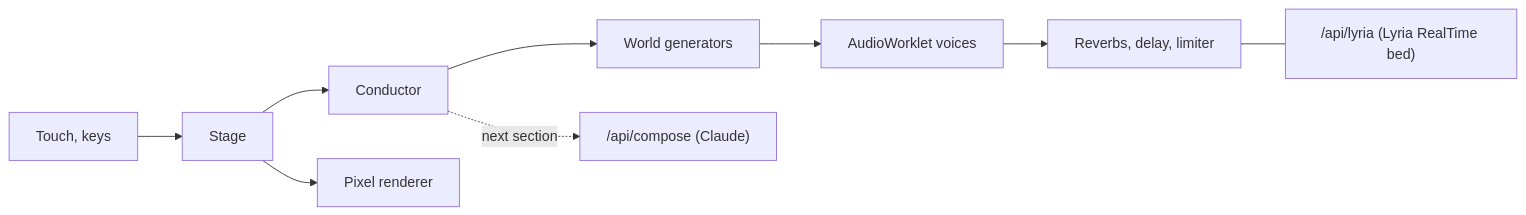
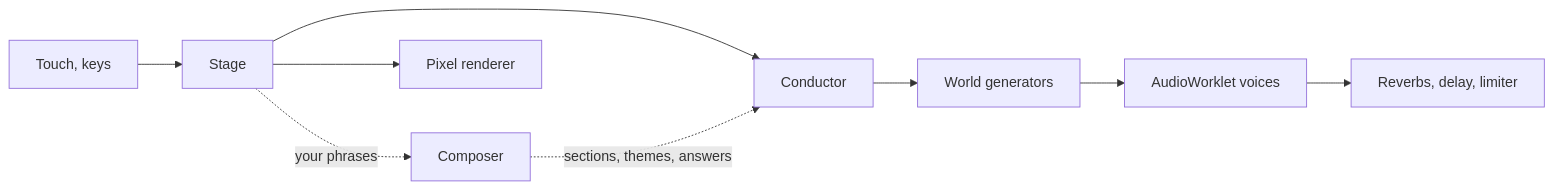
The diagram in README.md (barmoshe/biome-synth), drawn with Mermaid before and after one commit. The commit also changed other lines of this file and 18 other files, not shown here.

First line of the commit message:
feat(music): an on-device composer replaces the Claude conductor and the Lyria bed

````diff
--- a/README.md
+++ b/README.md
@@ -78,11 +78,11 @@
 ```mermaid
 flowchart LR
   T[Touch, keys] --> S[Stage]
   S --> C[Conductor]
+  S -. your phrases .-> M[Composer]
+  M -. sections, themes, answers .-> C
   C --> W[World generators]
   W --> E[AudioWorklet voices]
   E --> G[Reverbs, delay, limiter]
   S --> R[Pixel renderer]
-  C -. next section .-> A["/api/compose (Claude)"]
-  G --- L["/api/lyria (Lyria RealTime bed)"]
 ```
````
